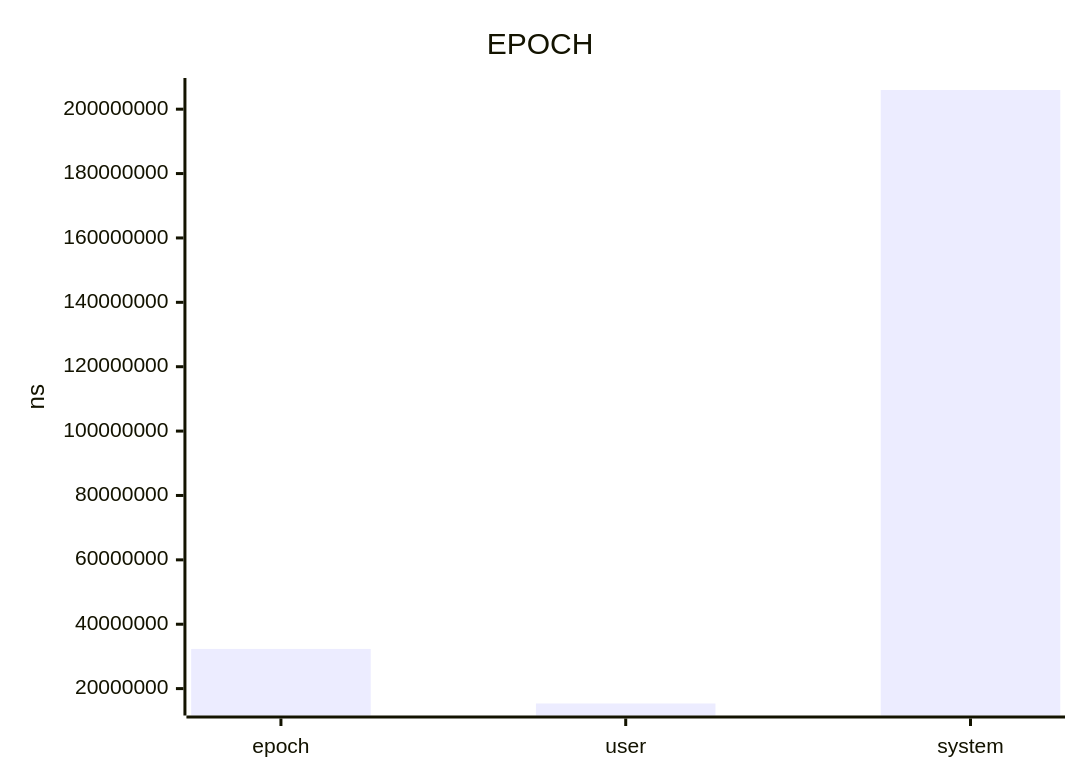
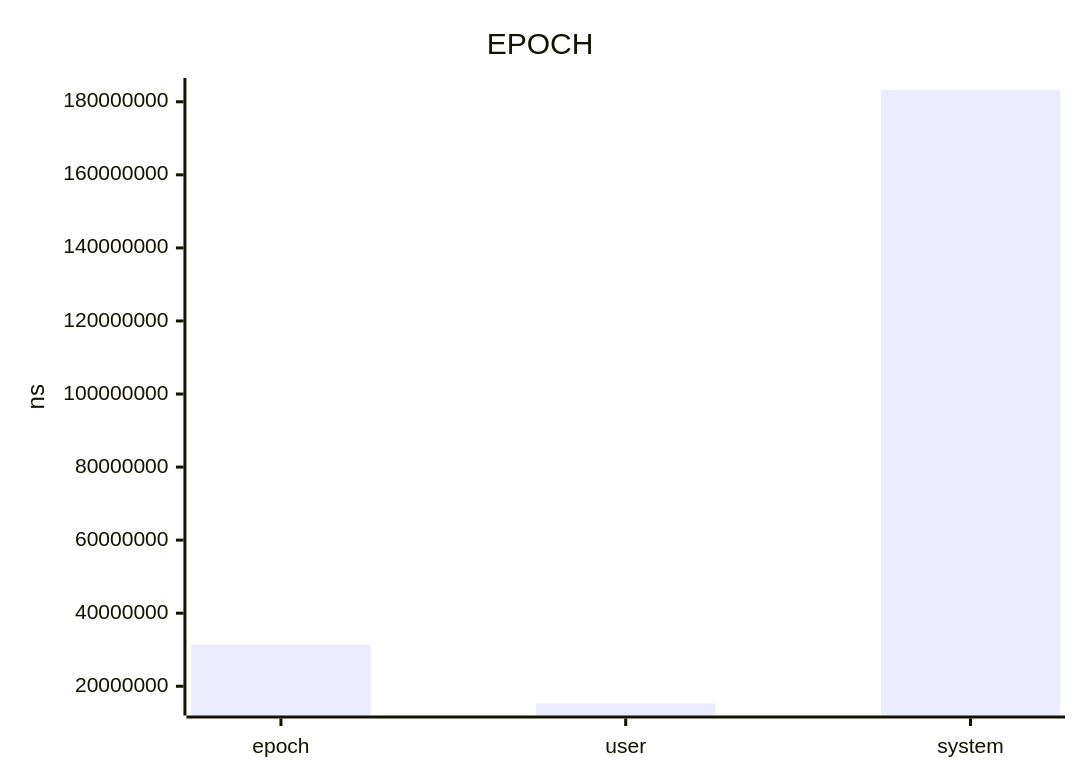
The diagram in benchmark/ref-rg-find-literal-report.md (jrengmusic/saw), drawn with Mermaid before and after one commit. The commit also changed other lines of this file and 434 other files, not shown here.

````diff
--- a/benchmark/ref-rg-find-literal-report.md
+++ b/benchmark/ref-rg-find-literal-report.md
@@ -21,7 +26,7 @@
 ```mermaid
 xychart-beta
 title "EPOCH"
 x-axis ["epoch", "user", "system"]
 y-axis "ns"
-bar [32319708.33333333581686020, 15373000.00000000000000000, 205960000.00000000000000000]
+bar [31353958.33333333581686020, 15280000.00000000000000000, 183223000.00000000000000000]
 ```
````
